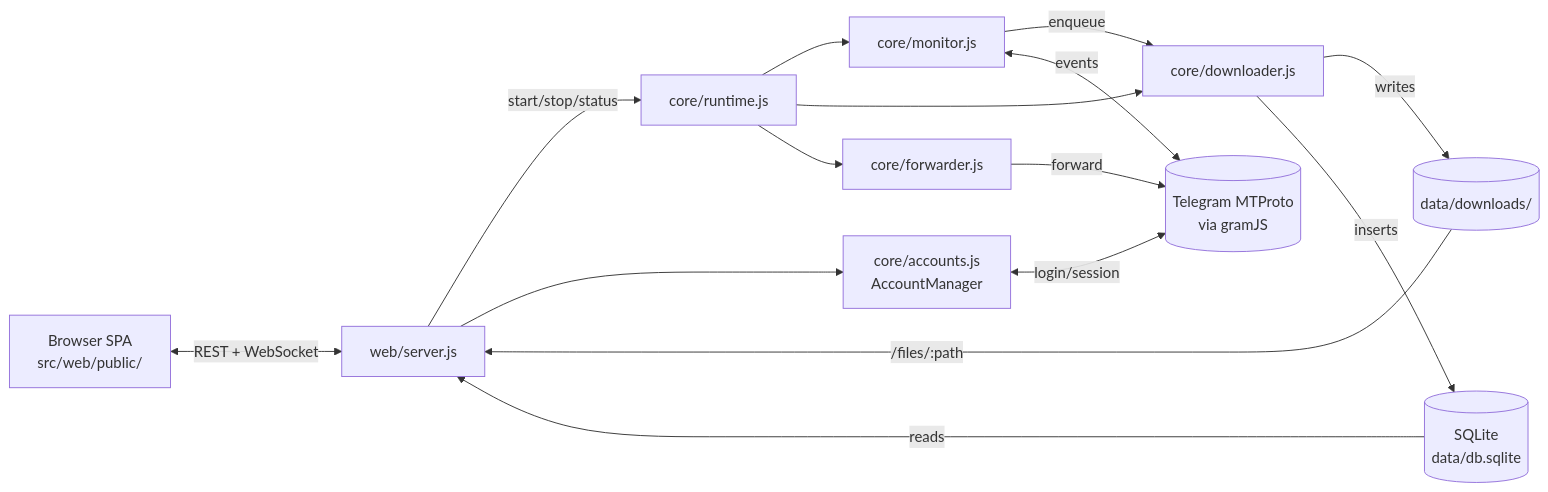
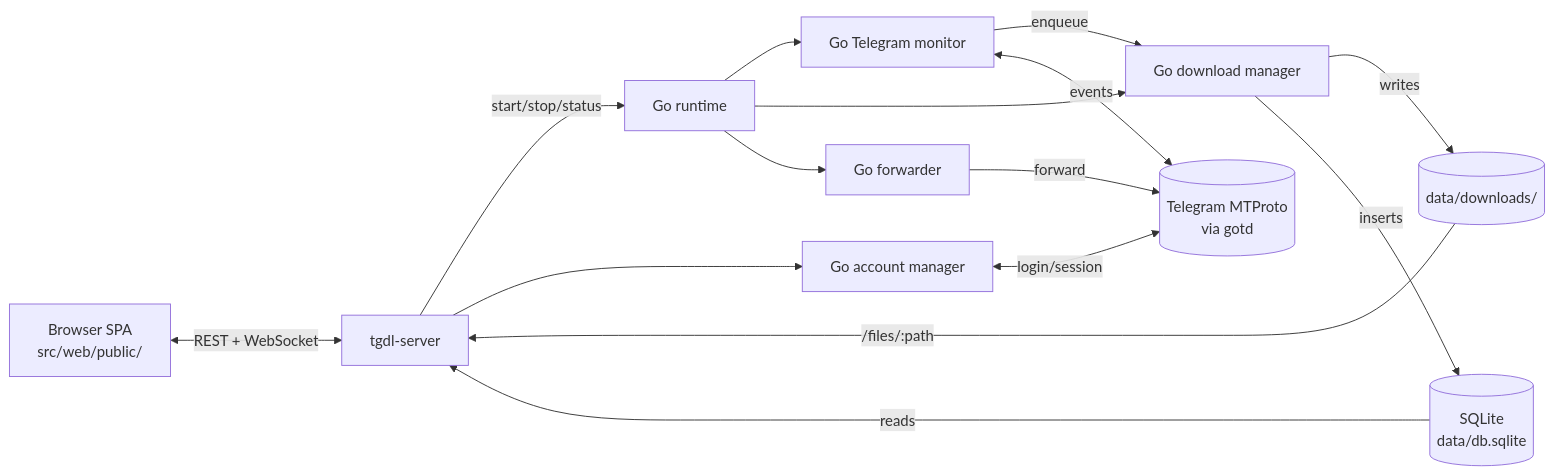
The diagram in docs/ARCHITECTURE.md (botnick/telegram-media-downloader), drawn with Mermaid before and after one commit. The commit also changed other lines of this file and 100 other files, not shown here.

````diff
--- a/docs/ARCHITECTURE.md
+++ b/docs/ARCHITECTURE.md
@@ -18,28 +28,28 @@
 ```mermaid
 flowchart LR
     user[Browser SPA<br/>src/web/public/]
-    server[web/server.js]
-    runtime[core/runtime.js]
-    monitor[core/monitor.js]
-    downloader[core/downloader.js]
-    forwarder[core/forwarder.js]
-    am[core/accounts.js<br/>AccountManager]
+    server[tgdl-server]
+    runtime[Go runtime]
+    monitor[Go Telegram monitor]
+    downloader[Go download manager]
+    forwarder[Go forwarder]
+    am[Go account manager]
     db[(SQLite<br/>data/db.sqlite)]
     fs[(data/downloads/)]
-    tg[(Telegram MTProto<br/>via gramJS)]
+    tg[(Telegram MTProto<br/>via gotd)]
 
     user <-- REST + WebSocket --> server
     server -- start/stop/status --> runtime
     runtime --> monitor
     runtime --> downloader
     runtime --> forwarder
     server --> am
     monitor -- enqueue --> downloader
     forwarder -- forward --> tg
     am <-- login/session --> tg
     monitor <-- events --> tg
     downloader -- writes --> fs
     downloader -- inserts --> db
     db -- reads --> server
     fs -- /files/:path --> server
 ```
````
